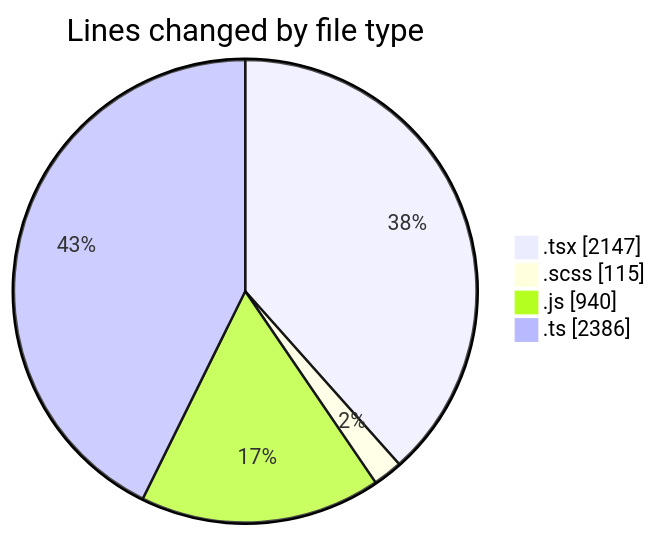
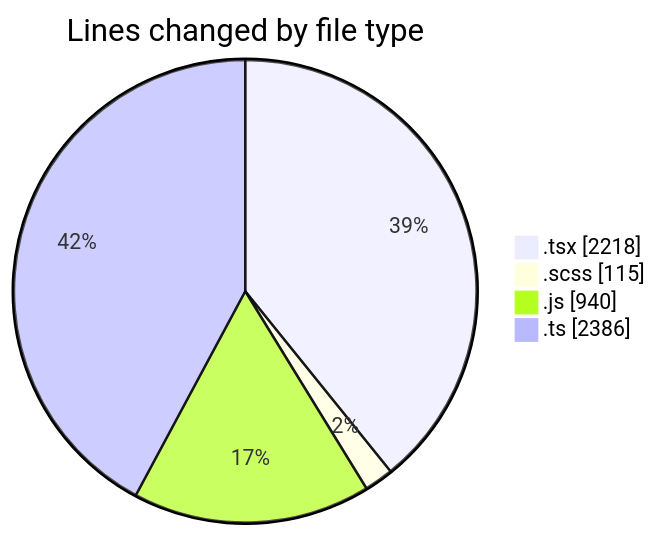
Before and after one commit to momahboobian/code-tracking: the first of 2 diagrams in 2026-07-15/cda/README.md, drawn with Mermaid. The commit also changed other lines of this file and 1 other file, not shown here.

````diff
--- a/2026-07-15/cda/README.md
+++ b/2026-07-15/cda/README.md
@@ -50,8 +50,8 @@
 ```mermaid
 pie showData
 title Lines changed by file type
-".tsx" : 2147
+".tsx" : 2218
 ".scss" : 115
 ".js" : 940
 ".ts" : 2386
 ```
````
